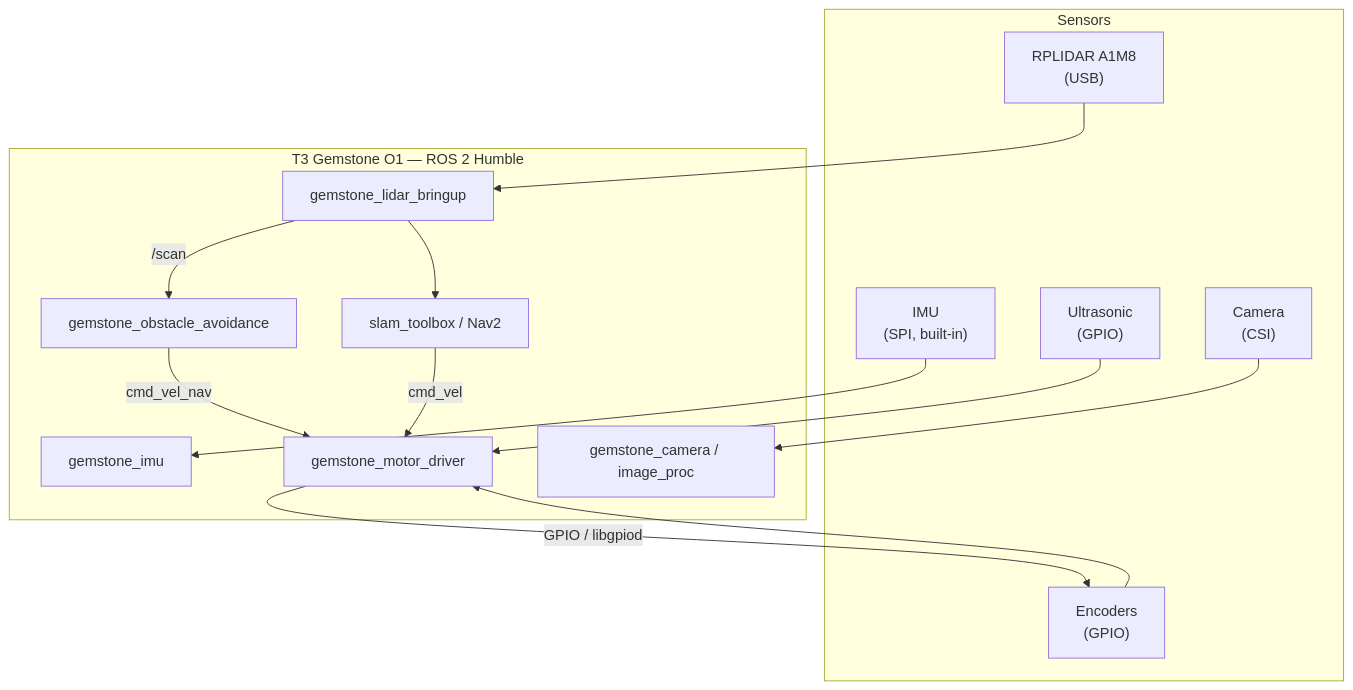
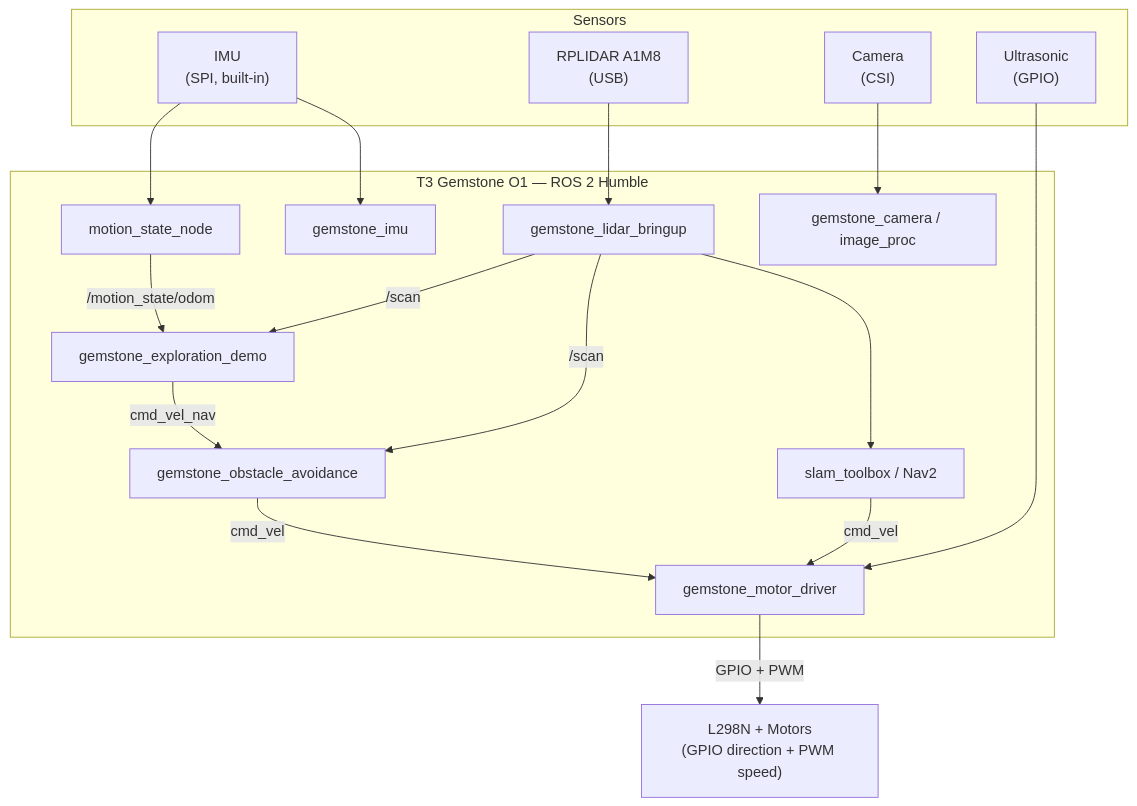
Before and after one commit to alitalhq/t3-docs: the diagram in en/projects/ika.mdx, drawn with Mermaid. The commit also changed other lines of this file and 1 other file, not shown here.

Commit message:
docs: update İKA/UGV project page for L298N + PWM + new packages
Motor+encoder wording replaced with the actual L298N + GPIO/PWM setup
(no encoder, IMU-based motion tracking); added gemstone_exploration_demo
and gemstone_sim to the package table and architecture diagram (TR+EN).

````diff
--- a/en/projects/ika.mdx
+++ b/en/projects/ika.mdx
@@ -62,31 +64,37 @@
 ```mermaid
 flowchart TB
     subgraph SENSORS["Sensors"]
         IMU["IMU\n(SPI, built-in)"]
         LIDAR["RPLIDAR A1M8\n(USB)"]
         CAM["Camera\n(CSI)"]
-        ENC["Encoders\n(GPIO)"]
         US["Ultrasonic\n(GPIO)"]
     end
 
     subgraph O1["T3 Gemstone O1 — ROS 2 Humble"]
         NODE_IMU[gemstone_imu]
         NODE_MOTOR[gemstone_motor_driver]
+        NODE_STATE[motion_state_node]
         NODE_LIDAR[gemstone_lidar_bringup]
         NODE_CAM[gemstone_camera / image_proc]
         NODE_AVOID[gemstone_obstacle_avoidance]
+        NODE_EXPLORE[gemstone_exploration_demo]
         SLAM[slam_toolbox / Nav2]
     end
 
+    MOTORS["L298N + Motors\n(GPIO direction + PWM speed)"]
+
     IMU --> NODE_IMU
+    IMU --> NODE_STATE
     LIDAR --> NODE_LIDAR
     CAM --> NODE_CAM
-    ENC --> NODE_MOTOR
     US --> NODE_MOTOR
 
     NODE_LIDAR --> SLAM
     NODE_LIDAR -->|"/scan"| NODE_AVOID
-    NODE_AVOID -->|"cmd_vel_nav"| NODE_MOTOR
+    NODE_LIDAR -->|"/scan"| NODE_EXPLORE
+    NODE_STATE -->|"/motion_state/odom"| NODE_EXPLORE
+    NODE_EXPLORE -->|"cmd_vel_nav"| NODE_AVOID
+    NODE_AVOID -->|"cmd_vel"| NODE_MOTOR
     SLAM -->|"cmd_vel"| NODE_MOTOR
-    NODE_MOTOR -->|"GPIO / libgpiod"| ENC
+    NODE_MOTOR -->|"GPIO + PWM"| MOTORS
 ```
````
